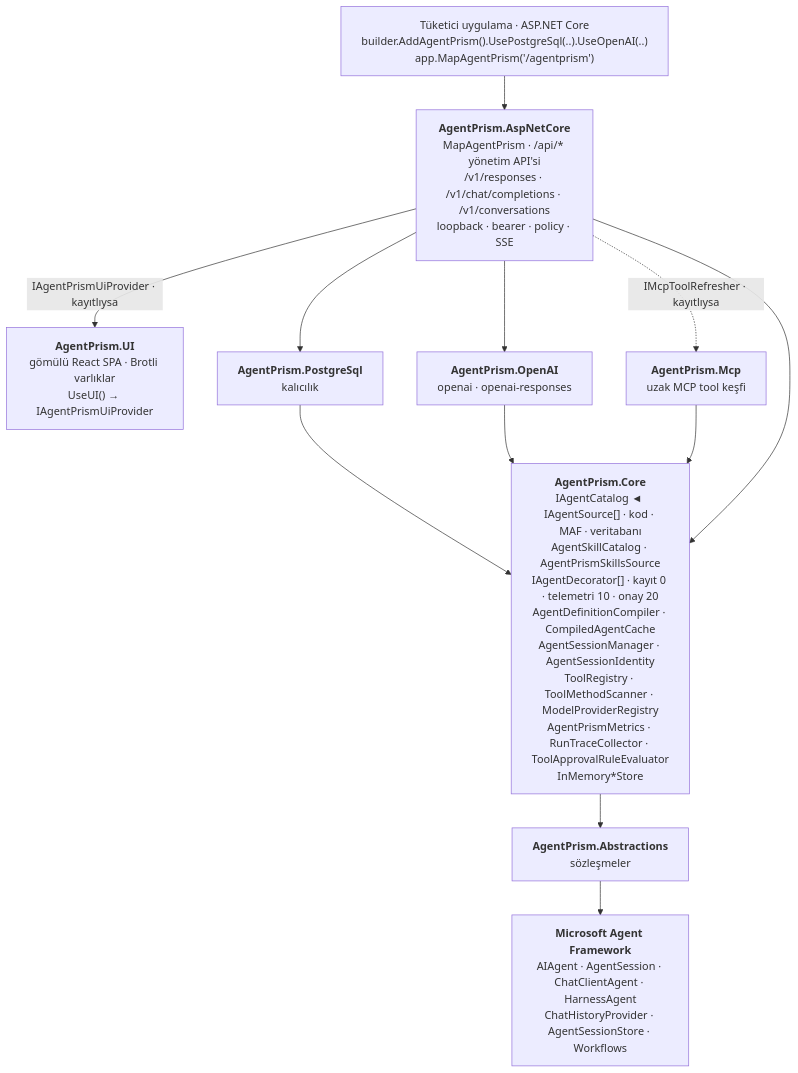
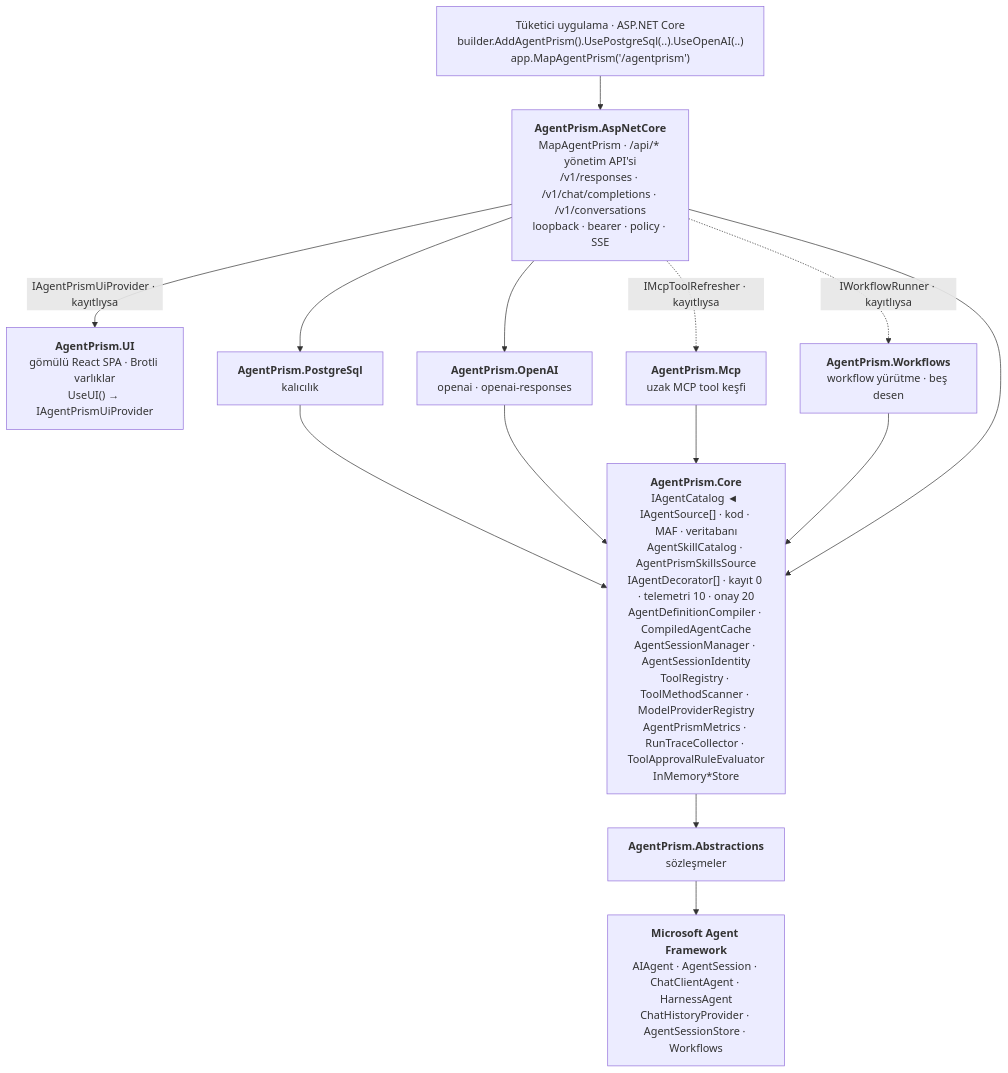
The first of 11 diagrams in docs/MIMARI.md (farukatasoy/Tracon), drawn with Mermaid before and after one commit. The commit also changed other lines of this file and 72 other files, not shown here.

````diff
--- a/docs/MIMARI.md
+++ b/docs/MIMARI.md
@@ -126,29 +144,32 @@
 ```mermaid
 flowchart TD
     T["Tüketici uygulama · ASP.NET Core<br/>builder.AddAgentPrism().UsePostgreSql(..).UseOpenAI(..)<br/>app.MapAgentPrism('/agentprism')"]
 
     UI["<b>AgentPrism.UI</b><br/>gömülü React SPA · Brotli varlıklar<br/>UseUI() → IAgentPrismUiProvider"]
 
     HTTP["<b>AgentPrism.AspNetCore</b><br/>MapAgentPrism · /api/* yönetim API'si<br/>/v1/responses · /v1/chat/completions · /v1/conversations<br/>loopback · bearer · policy · SSE"]
 
     PG["<b>AgentPrism.PostgreSql</b><br/>kalıcılık"]
     OA["<b>AgentPrism.OpenAI</b><br/>openai · openai-responses"]
     MCP["<b>AgentPrism.Mcp</b><br/>uzak MCP tool keşfi"]
+    WF["<b>AgentPrism.Workflows</b><br/>workflow yürütme · beş desen"]
 
     CORE["<b>AgentPrism.Core</b><br/>IAgentCatalog ◄ IAgentSource[] · kod · MAF · veritabanı<br/>AgentSkillCatalog · AgentPrismSkillsSource<br/>IAgentDecorator[] · kayıt 0 · telemetri 10 · onay 20<br/>AgentDefinitionCompiler · CompiledAgentCache<br/>AgentSessionManager · AgentSessionIdentity<br/>ToolRegistry · ToolMethodScanner · ModelProviderRegistry<br/>AgentPrismMetrics · RunTraceCollector · ToolApprovalRuleEvaluator<br/>InMemory*Store"]
 
     ABS["<b>AgentPrism.Abstractions</b><br/>sözleşmeler"]
 
     MAF["<b>Microsoft Agent Framework</b><br/>AIAgent · AgentSession · ChatClientAgent · HarnessAgent<br/>ChatHistoryProvider · AgentSessionStore · Workflows"]
 
     T --> HTTP
     HTTP -->|"IAgentPrismUiProvider · kayıtlıysa"| UI
     HTTP --> PG
     HTTP --> OA
     HTTP -.->|"IMcpToolRefresher · kayıtlıysa"| MCP
+    HTTP -.->|"IWorkflowRunner · kayıtlıysa"| WF
     PG --> CORE
     OA --> CORE
     MCP --> CORE
+    WF --> CORE
     HTTP --> CORE
     CORE --> ABS --> MAF
 ```
````
